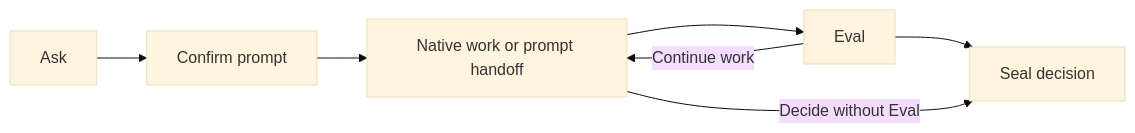
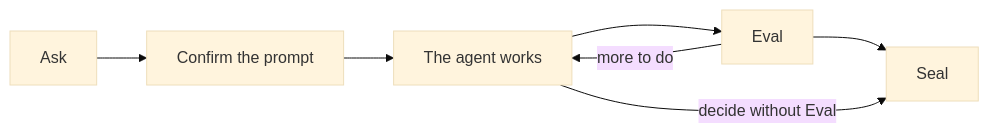
One commit to fab7hq/ringframe changed the diagram in docs/product.md. Above: the diagram before and after it, drawn with Mermaid (base theme). The commit also changed other lines of this file and 10 other files, not shown here.

````diff
--- a/docs/product.md
+++ b/docs/product.md
@@ -13,9 +14,9 @@
 ```mermaid
 flowchart LR
-    A[Ask] --> C[Confirm prompt]
-    C --> H[Native work or prompt handoff]
+    A[Ask] --> C[Confirm the prompt]
+    C --> H[The agent works]
     H --> E[Eval]
-    E -->|Continue work| H
-    E --> S[Seal decision]
-    H -->|Decide without Eval| S
+    E -->|more to do| H
+    E --> S[Seal]
+    H -->|decide without Eval| S
 ```
````
